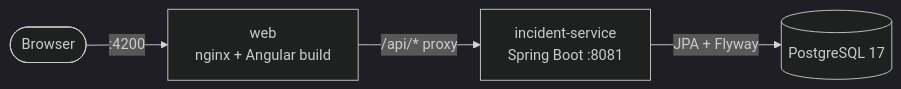
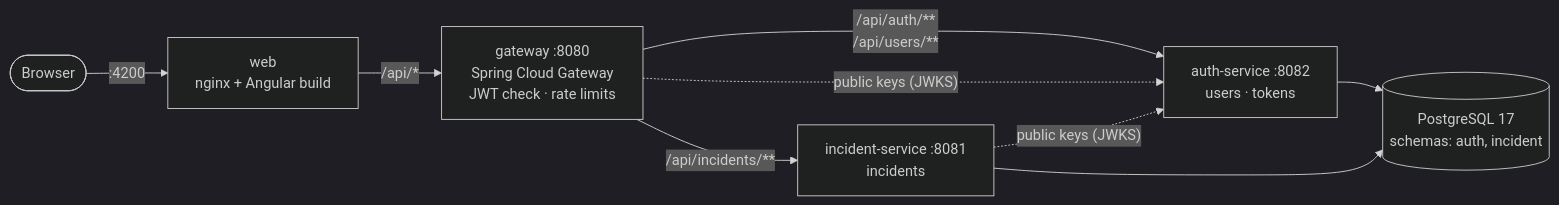
One commit to n1tishc/beacon changed the first of 2 diagrams in README.md. Above: the diagram before and after it, drawn with Mermaid (dark theme). The commit also changed other lines of this file and 33 other files, not shown here.

````diff
--- a/README.md
+++ b/README.md
@@ -24,6 +24,11 @@
 ```mermaid
 flowchart LR
     browser([Browser]) -->|":4200"| web["web<br/>nginx + Angular build"]
-    web -->|"/api/* proxy"| incident["incident-service<br/>Spring Boot :8081"]
-    incident -->|"JPA + Flyway"| pg[("PostgreSQL 17")]
+    web -->|"/api/*"| gateway["gateway :8080<br/>Spring Cloud Gateway<br/>JWT check · rate limits"]
+    gateway -->|"/api/auth/**<br/>/api/users/**"| auth["auth-service :8082<br/>users · tokens"]
+    gateway -->|"/api/incidents/**"| incident["incident-service :8081<br/>incidents"]
+    gateway -.->|"public keys (JWKS)"| auth
+    incident -.->|"public keys (JWKS)"| auth
+    auth --> pg[("PostgreSQL 17<br/>schemas: auth, incident")]
+    incident --> pg
 ```
````
